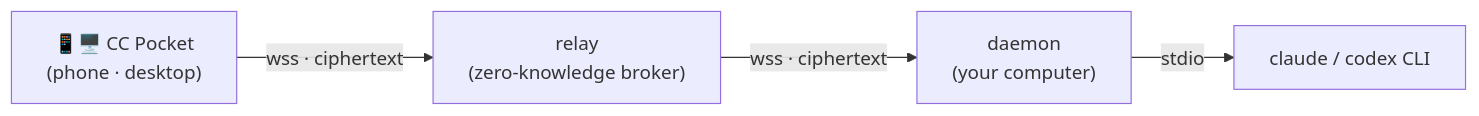
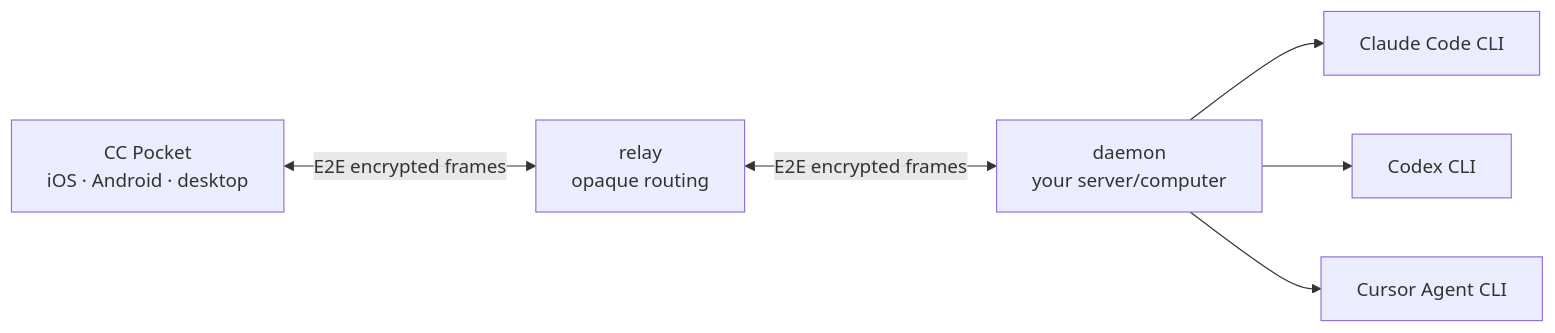
Before and after one commit to heypandax/cc-pocket: the diagram in README.md, drawn with Mermaid. The commit also changed other lines of this file and 1 other file, not shown here.

````diff
--- a/README.md
+++ b/README.md
@@ -13,6 +29,8 @@
 ```mermaid
 flowchart LR
-    phone["📱🖥️ CC Pocket<br/>(phone · desktop)"] -- "wss · ciphertext" --> relay["relay<br/>(zero-knowledge broker)"]
-    relay -- "wss · ciphertext" --> daemon["daemon<br/>(your computer)"]
-    daemon -- "stdio" --> agent["claude / codex CLI"]
+    app["CC Pocket<br/>iOS · Android · desktop"] <-->|"E2E encrypted frames"| relay["relay<br/>opaque routing"]
+    relay <-->|"E2E encrypted frames"| daemon["daemon<br/>your server/computer"]
+    daemon --> claude["Claude Code CLI"]
+    daemon --> codex["Codex CLI"]
+    daemon --> cursor["Cursor Agent CLI"]
 ```
````
